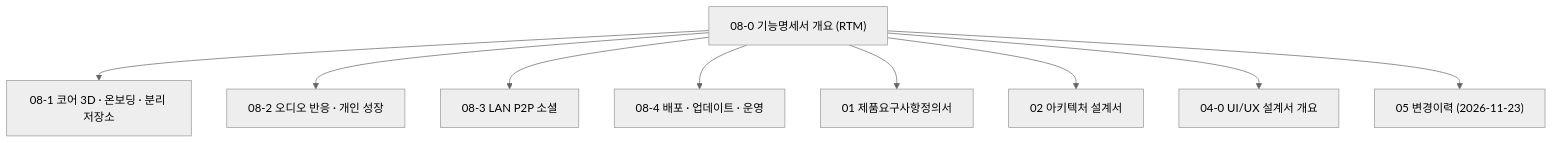
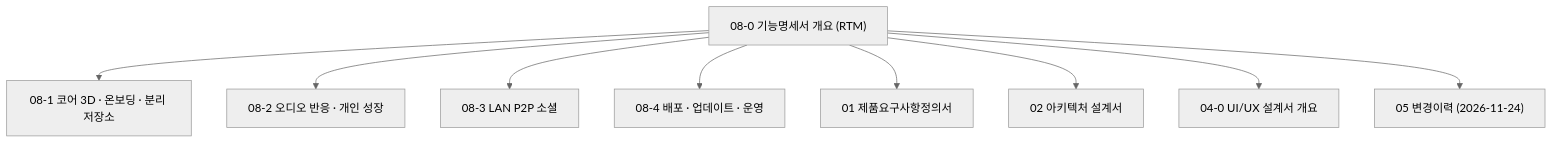
One commit to DJU-ADAS-LAB/LabPet changed the diagram in docs/08_기능명세서/08-0_기능명세서_개요.md. Above: the diagram before and after it, drawn with Mermaid (neutral theme). The commit also changed other lines of this file and 38 other files, not shown here.

````diff
--- a/docs/08_기능명세서/08-0_기능명세서_개요.md
+++ b/docs/08_기능명세서/08-0_기능명세서_개요.md
@@ -33,11 +34,11 @@
 ```mermaid
 flowchart TD
     RTM["08-0 기능명세서 개요 (RTM)"] --> FT1["08-1 코어 3D · 온보딩 · 분리 저장소"]
     RTM --> FT2["08-2 오디오 반응 · 개인 성장"]
     RTM --> FT3["08-3 LAN P2P 소셜"]
     RTM --> FT4["08-4 배포 · 업데이트 · 운영"]
     RTM --> PRD["01 제품요구사항정의서"]
     RTM --> ARCH["02 아키텍처 설계서"]
     RTM --> UI["04-0 UI/UX 설계서 개요"]
-    RTM --> LOG["05 변경이력 (2026-11-23)"]
+    RTM --> LOG["05 변경이력 (2026-11-24)"]
 ```
````
